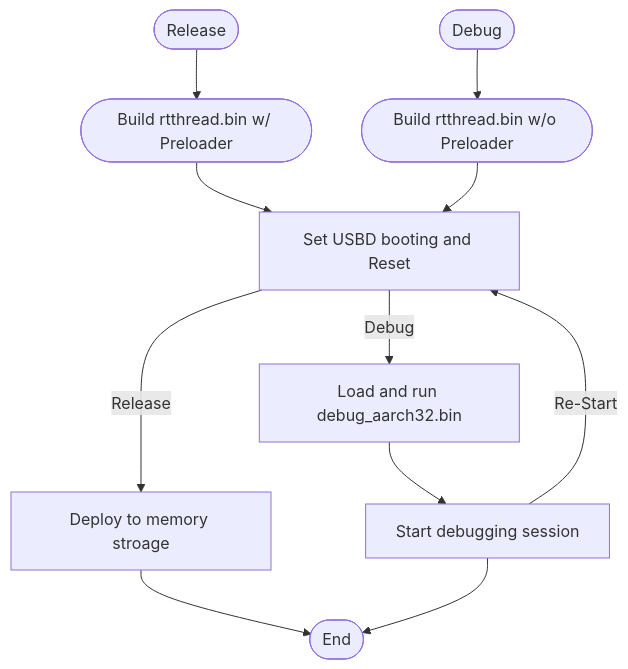
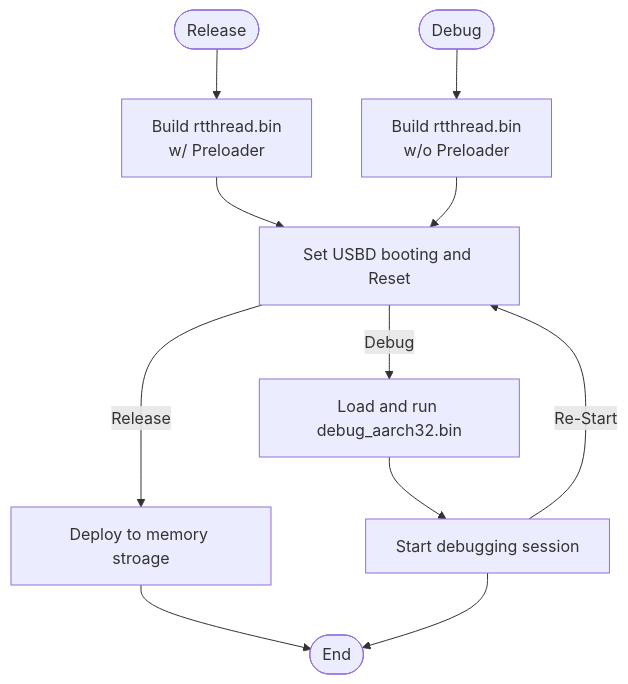
The diagram in nuwriter_scripts/How_to_use_Nu-Link2_debugger_on_RT-ThreadStudio.md (OpenNuvoton/LVGL_NUMAKER-HMI-MA35D1), drawn with Mermaid before and after one commit. The commit also changed other lines of this file and 168 other files, not shown here.

````diff
--- a/nuwriter_scripts/How_to_use_Nu-Link2_debugger_on_RT-ThreadStudio.md
+++ b/nuwriter_scripts/How_to_use_Nu-Link2_debugger_on_RT-ThreadStudio.md
@@ -22,20 +9,19 @@
 ```mermaid
 graph TD
-    R([Release]) --> BRP([Build rtthread.bin w/ Preloader]);
+    R([Release]) --> BRP[Build rtthread.bin<br> w/ Preloader];
+    D([Debug]) --> BR[Build rtthread.bin<br> w/o Preloader];
 
     BRP --> RESET[Set USBD booting and Reset]
-
     RESET --Release--> DPS[Deploy to memory stroage];
 
-    D([Debug]) --> BR([Build rtthread.bin w/o Preloader]);
     BR --> RESET;
     RESET --Debug--> DDS[Load and run debug_aarch32.bin];
 
     DDS --> SD[Start debugging session<br>]
 
     SD -- Re-Start --> RESET
 
     DPS --> END([End])
 
     SD --> END
 ```
````
